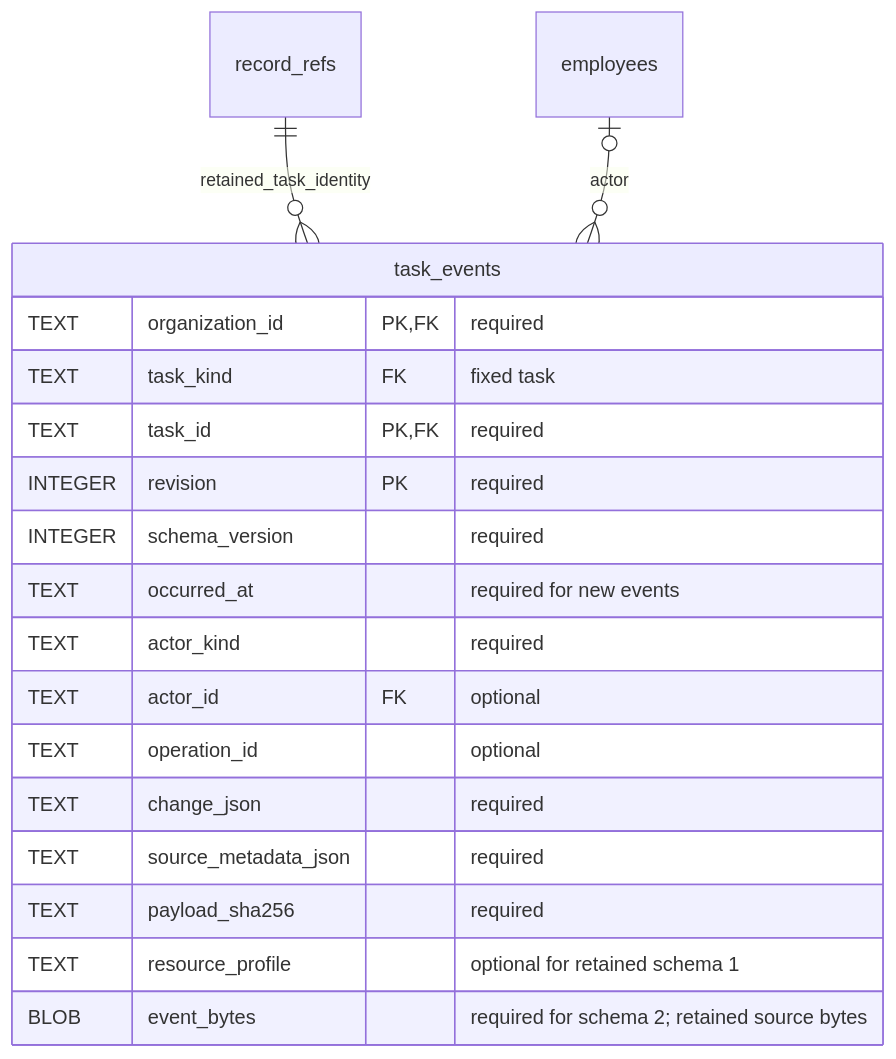
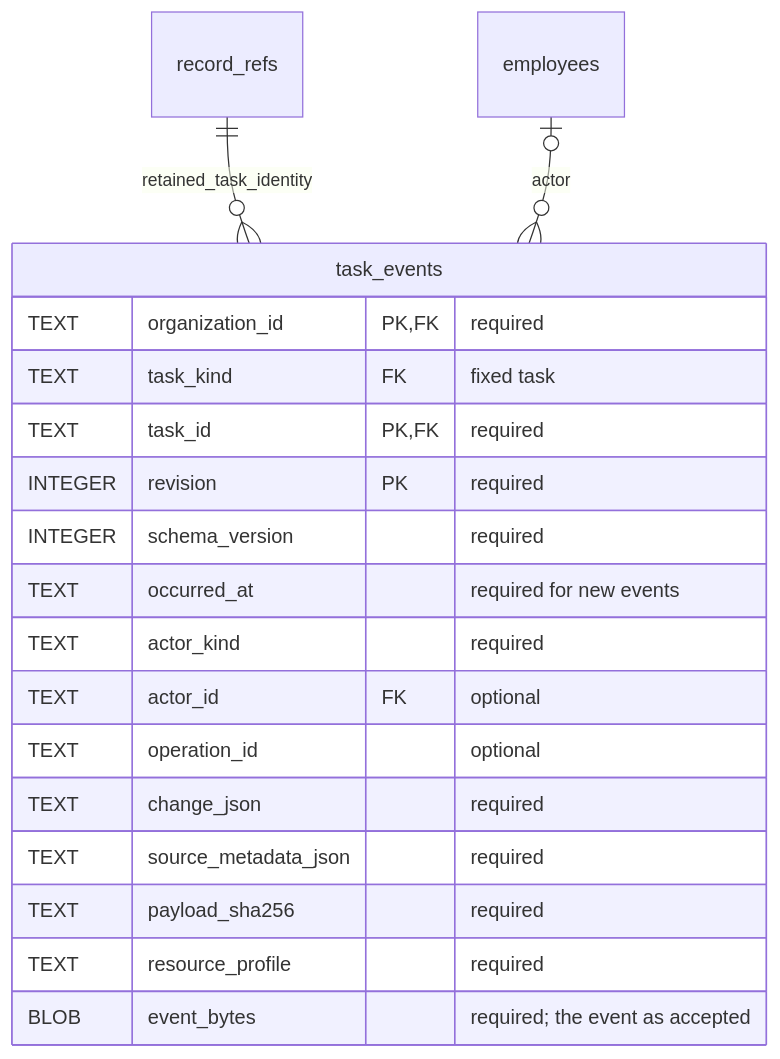
The second of 3 diagrams in docs/design/organization-data/05-operational-data.md (vgmello/agentic-org), drawn with Mermaid before and after one commit. The commit also changed other lines of this file and 15 other files, not shown here.

First line of the commit message:
docs: remove legacy structures from the data contract and draft schema

````diff
--- a/docs/design/organization-data/05-operational-data.md
+++ b/docs/design/organization-data/05-operational-data.md
@@ -401,21 +338,21 @@
 ```mermaid
 erDiagram
     record_refs ||--o{ task_events : retained_task_identity
     employees o|--o{ task_events : actor
     task_events {
         TEXT organization_id PK, FK "required"
         TEXT task_kind FK "fixed task"
         TEXT task_id PK, FK "required"
         INTEGER revision PK "required"
         INTEGER schema_version "required"
         TEXT occurred_at "required for new events"
         TEXT actor_kind "required"
         TEXT actor_id FK "optional"
         TEXT operation_id "optional"
         TEXT change_json "required"
         TEXT source_metadata_json "required"
         TEXT payload_sha256 "required"
-        TEXT resource_profile "optional for retained schema 1"
-        BLOB event_bytes "required for schema 2; retained source bytes"
+        TEXT resource_profile "required"
+        BLOB event_bytes "required; the event as accepted"
     }
 ```
````
